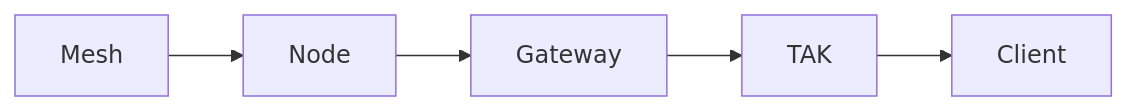
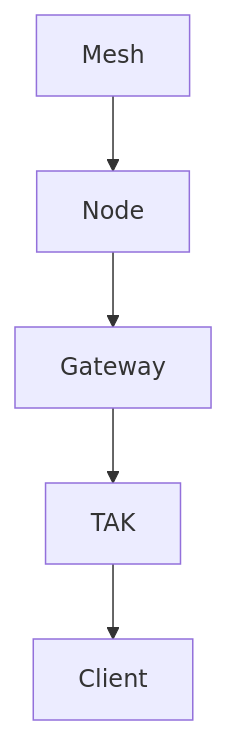
One commit to maui671/meshtak changed the diagram in README.md. Above: the diagram before and after it, drawn with Mermaid.

Commit message:
changed to graph

````diff
--- a/README.md
+++ b/README.md
@@ -29,7 +29,7 @@
 ```mermaid
-flowchart LR;
+graph TD;
     Mesh --> Node
     Node --> Gateway
     Gateway --> TAK
     TAK --> Client
 ```
````
